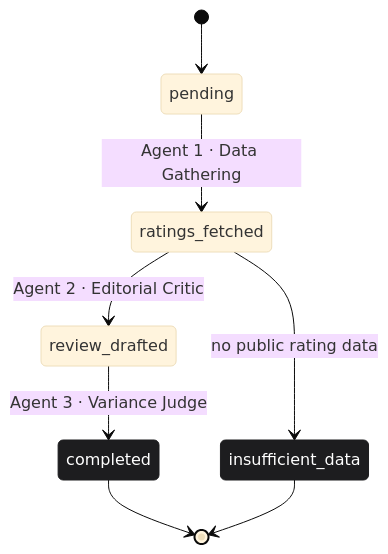
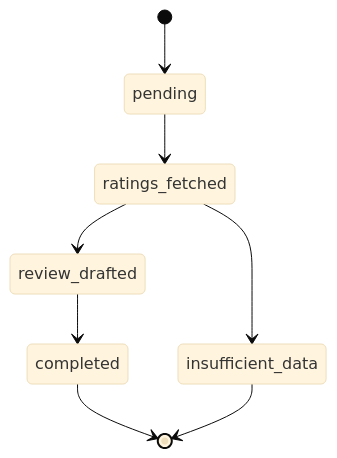
Before and after one commit to Savanand/variance-loop: the second of 2 diagrams in README.md, drawn with Mermaid (base theme). The commit also changed other lines of this file, not shown here.

````diff
--- a/README.md
+++ b/README.md
@@ -141,13 +122,14 @@
 ```mermaid
 stateDiagram-v2
+
     [*] --> pending
-    pending --> ratings_fetched: Agent 1 · Data Gathering
-    ratings_fetched --> review_drafted: Agent 2 · Editorial Critic
-    review_drafted --> completed: Agent 3 · Variance Judge
-    ratings_fetched --> insufficient_data: no public rating data
+
+    pending --> ratings_fetched
+    ratings_fetched --> review_drafted
+    review_drafted --> completed
+
+    ratings_fetched --> insufficient_data
+
     completed --> [*]
     insufficient_data --> [*]
-
-    classDef done fill:#1d1d1f,stroke:#1d1d1f,color:#ffffff
-    class completed,insufficient_data done
 ```
````
